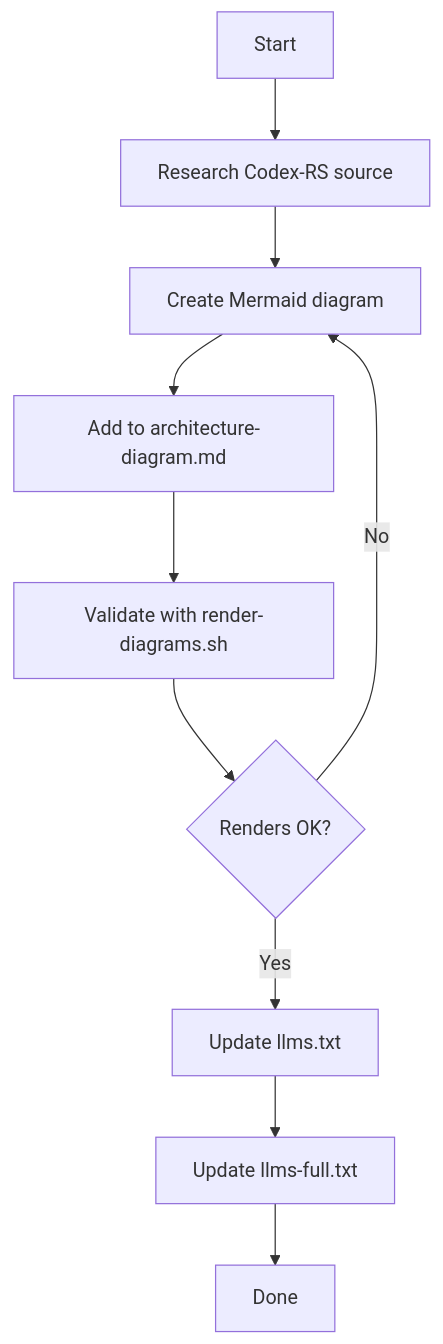
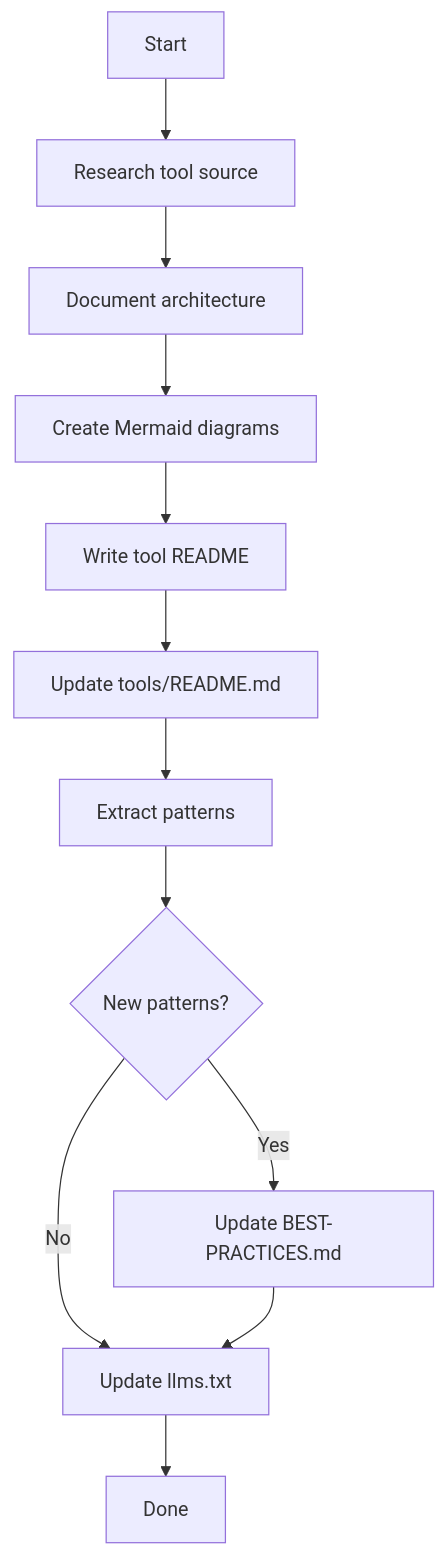
Before and after one commit to ray-manaloto/ai-agent-study-guide: the first of 2 diagrams in AGENTS.md, drawn with Mermaid. The commit also changed other lines of this file and 12 other files, not shown here.

````diff
--- a/AGENTS.md
+++ b/AGENTS.md
@@ -224,12 +269,14 @@
 ```mermaid
 flowchart TD
-    A[Start] --> B[Research Codex-RS source]
-    B --> C[Create Mermaid diagram]
-    C --> D[Add to architecture-diagram.md]
-    D --> E[Validate with render-diagrams.sh]
-    E --> F{Renders OK?}
-    F -->|No| C
-    F -->|Yes| G[Update llms.txt]
-    G --> H[Update llms-full.txt]
-    H --> I[Done]
+    A[Start] --> B[Research tool source]
+    B --> C[Document architecture]
+    C --> D[Create Mermaid diagrams]
+    D --> E[Write tool README]
+    E --> F[Update tools/README.md]
+    F --> G[Extract patterns]
+    G --> H{New patterns?}
+    H -->|Yes| I[Update BEST-PRACTICES.md]
+    H -->|No| J[Update llms.txt]
+    I --> J
+    J --> K[Done]
 ```
````
